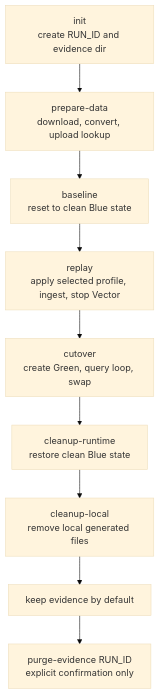
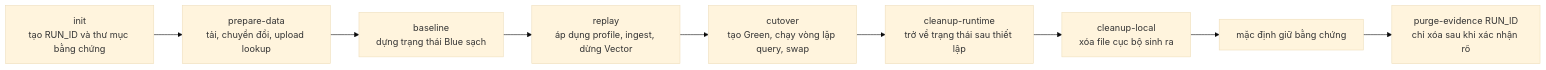
Before and after one commit to helios-ryuu/continux: the diagram in docs/diagrams/demo-lifecycle.mmd, drawn with Mermaid (base theme). The commit also changed 47 other files, not shown here.

```diff
--- a/docs/diagrams/demo-lifecycle.mmd
+++ b/docs/diagrams/demo-lifecycle.mmd
@@ -1,9 +1,9 @@
-flowchart TD
-    init["init<br/>create RUN_ID and evidence dir"] --> prepare["prepare-data<br/>download, convert, upload lookup"]
-    prepare --> baseline["baseline<br/>reset to clean Blue state"]
-    baseline --> replay["replay<br/>apply selected profile, ingest, stop Vector"]
-    replay --> cutover["cutover<br/>create Green, query loop, swap"]
-    cutover --> runtime["cleanup-runtime<br/>restore clean Blue state"]
-    runtime --> local["cleanup-local<br/>remove local generated files"]
-    local --> keep["keep evidence by default"]
-    keep --> purge["purge-evidence RUN_ID<br/>explicit confirmation only"]
+flowchart LR
+    init["init<br/>tạo RUN_ID và thư mục bằng chứng"] --> prepare["prepare-data<br/>tải, chuyển đổi, upload lookup"]
+    prepare --> baseline["baseline<br/>dựng trạng thái Blue sạch"]
+    baseline --> replay["replay<br/>áp dụng profile, ingest, dừng Vector"]
+    replay --> cutover["cutover<br/>tạo Green, chạy vòng lặp query, swap"]
+    cutover --> runtime["cleanup-runtime<br/>trở về trạng thái sau thiết lập"]
+    runtime --> local["cleanup-local<br/>xóa file cục bộ sinh ra"]
+    local --> keep["mặc định giữ bằng chứng"]
+    keep --> purge["purge-evidence RUN_ID<br/>chỉ xóa sau khi xác nhận rõ"]
```
